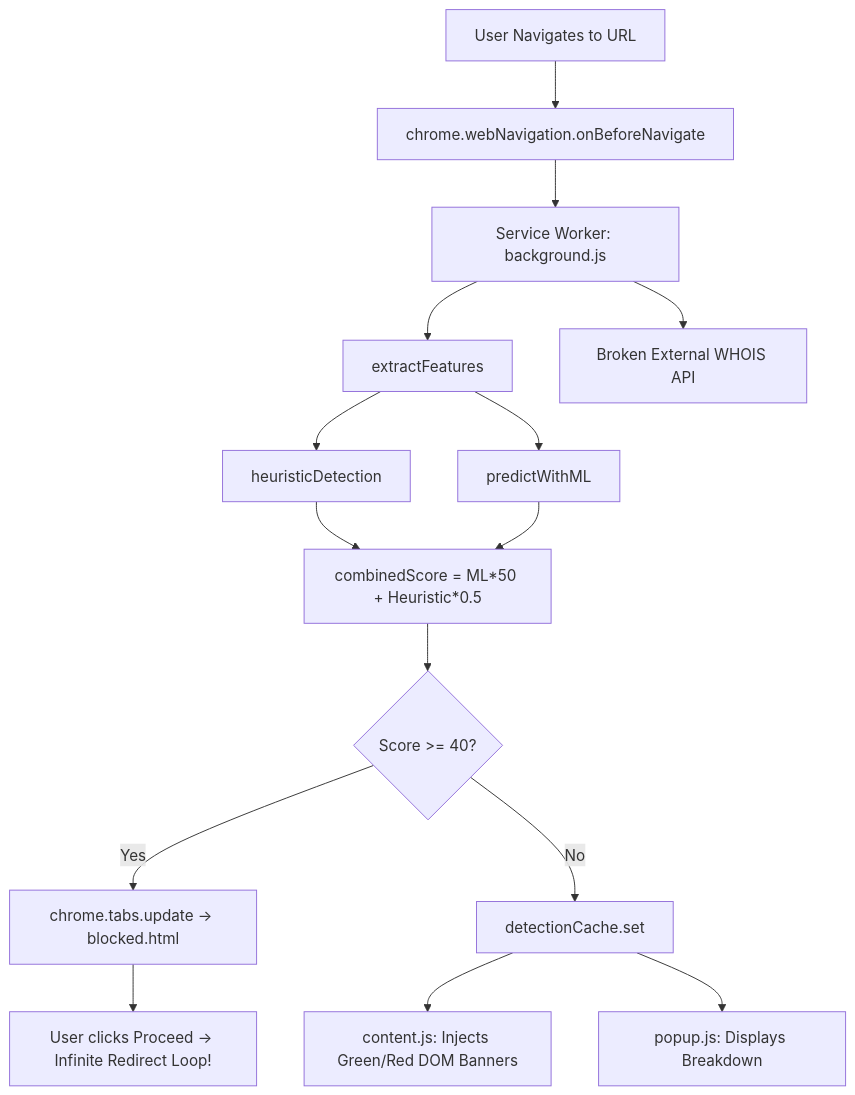
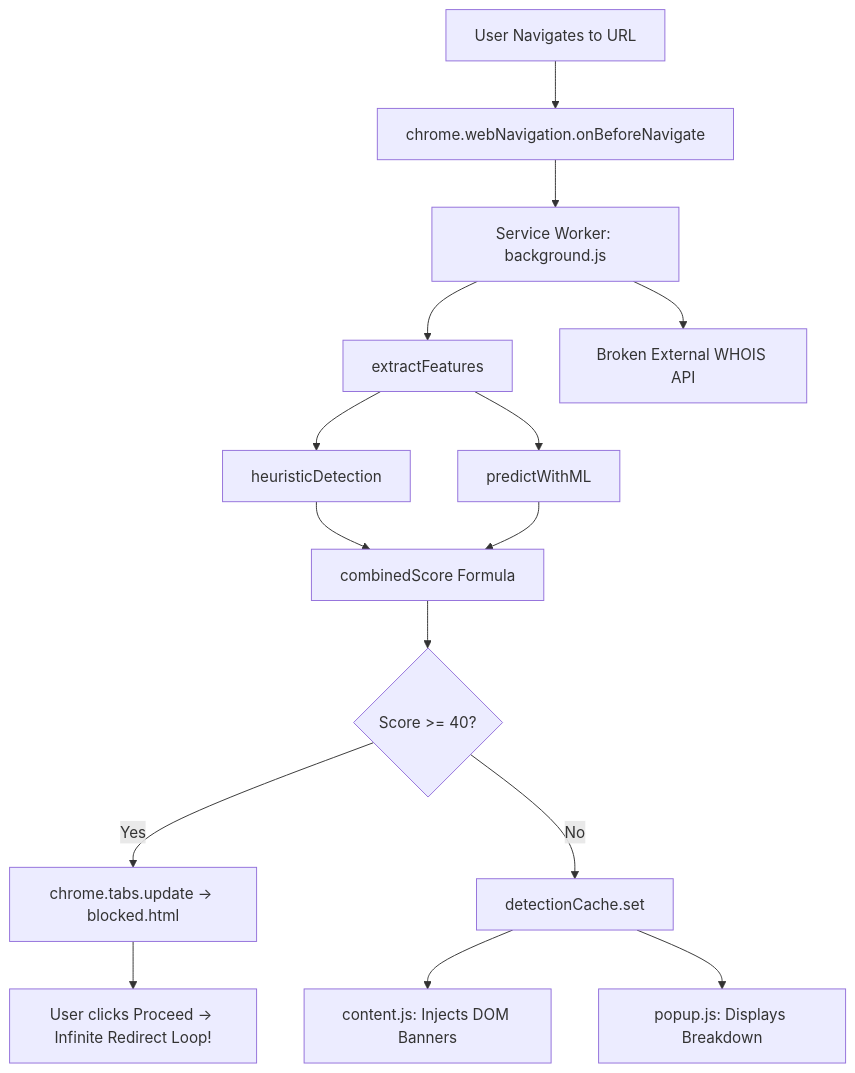
Before and after one commit to anishrajb21/Anti-Phishing-Extension: the diagram in docs/initial-audit.md, drawn with Mermaid. The commit also changed 2 other files, not shown here.

Commit message:
fix(docs): format Mermaid diagrams with quotes and strict syntax for GitHub rendering

````diff
--- a/docs/initial-audit.md
+++ b/docs/initial-audit.md
@@ -14,16 +14,17 @@
 ```mermaid
 graph TD
-    UserNav[User Navigates to URL] --> NavEvent[chrome.webNavigation.onBeforeNavigate]
-    NavEvent --> ASW[Service Worker: background.js]
-    ASW --> FE[extractFeatures]
-    FE --> HE[heuristicDetection]
-    FE --> ML[predictWithML]
-    ASW --> WHOIS[Broken External WHOIS API]
-    HE & ML --> CombinedScore[combinedScore = ML*50 + Heuristic*0.5]
-    CombinedScore --> Decision{Score >= 40?}
-    Decision -- Yes --> Redirect[chrome.tabs.update -> blocked.html]
-    Decision -- No --> Cache[detectionCache.set]
-    Redirect --> LoopRisk[User clicks Proceed -> Infinite Redirect Loop!]
-    Cache --> CS[content.js: Injects Green/Red DOM Banners]
-    Cache --> Popup[popup.js: Displays Breakdown]
+    UserNav["User Navigates to URL"] --> NavEvent["chrome.webNavigation.onBeforeNavigate"]
+    NavEvent --> ASW["Service Worker: background.js"]
+    ASW --> FE["extractFeatures"]
+    FE --> HE["heuristicDetection"]
+    FE --> ML["predictWithML"]
+    ASW --> WHOIS["Broken External WHOIS API"]
+    HE --> CombinedScore["combinedScore Formula"]
+    ML --> CombinedScore
+    CombinedScore --> Decision{"Score >= 40?"}
+    Decision -->|Yes| Redirect["chrome.tabs.update -> blocked.html"]
+    Decision -->|No| Cache["detectionCache.set"]
+    Redirect --> LoopRisk["User clicks Proceed -> Infinite Redirect Loop!"]
+    Cache --> CS["content.js: Injects DOM Banners"]
+    Cache --> Popup["popup.js: Displays Breakdown"]
 ```
````
